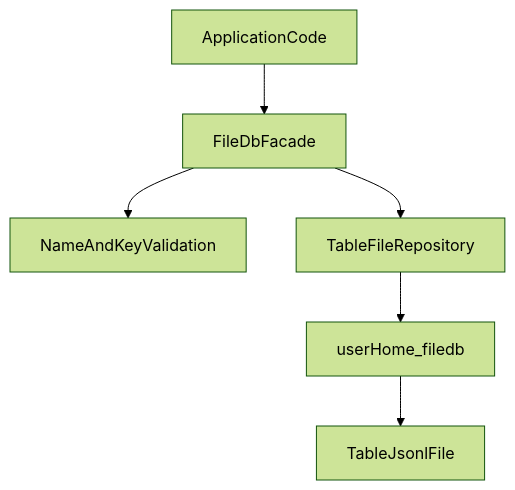
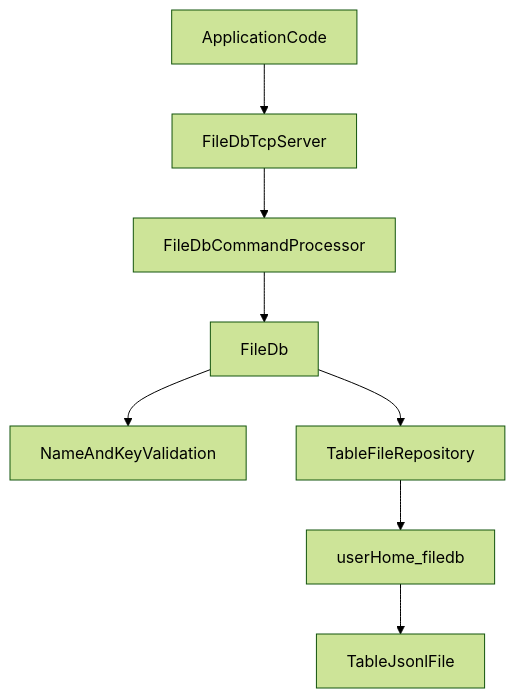
The diagram in database/README.md (EvalVis/rate-limiting), drawn with Mermaid (forest theme) before and after one commit. The commit also changed other lines of this file and 13 other files, not shown here.

````diff
--- a/database/README.md
+++ b/database/README.md
@@ -20,8 +28,10 @@
 ```mermaid
 flowchart TD
-  caller[ApplicationCode] --> fileDb[FileDbFacade]
+  caller[ApplicationCode] --> tcpServer[FileDbTcpServer]
+  tcpServer --> commandProcessor[FileDbCommandProcessor]
+  commandProcessor --> fileDb[FileDb]
   fileDb --> validator[NameAndKeyValidation]
   fileDb --> tableRepo[TableFileRepository]
   tableRepo --> rootDir[userHome_filedb]
   rootDir --> tableFile[TableJsonlFile]
 ```
````
